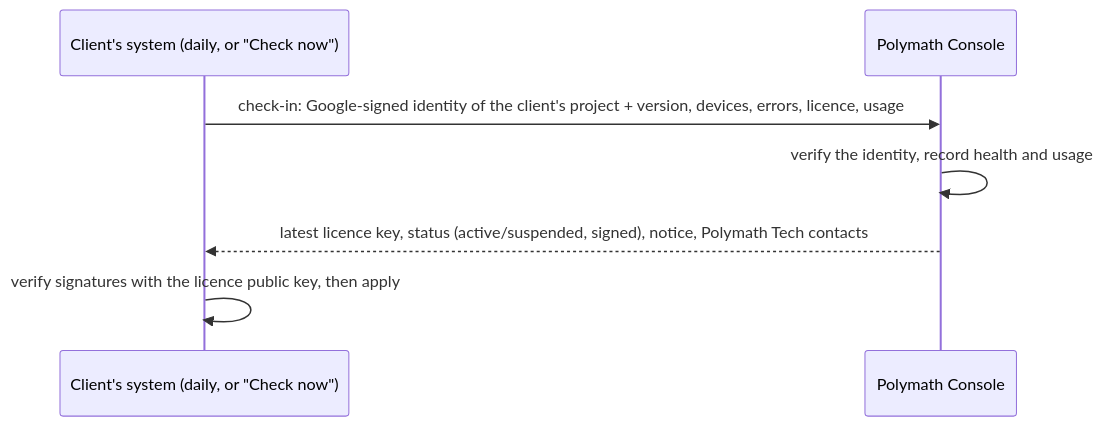
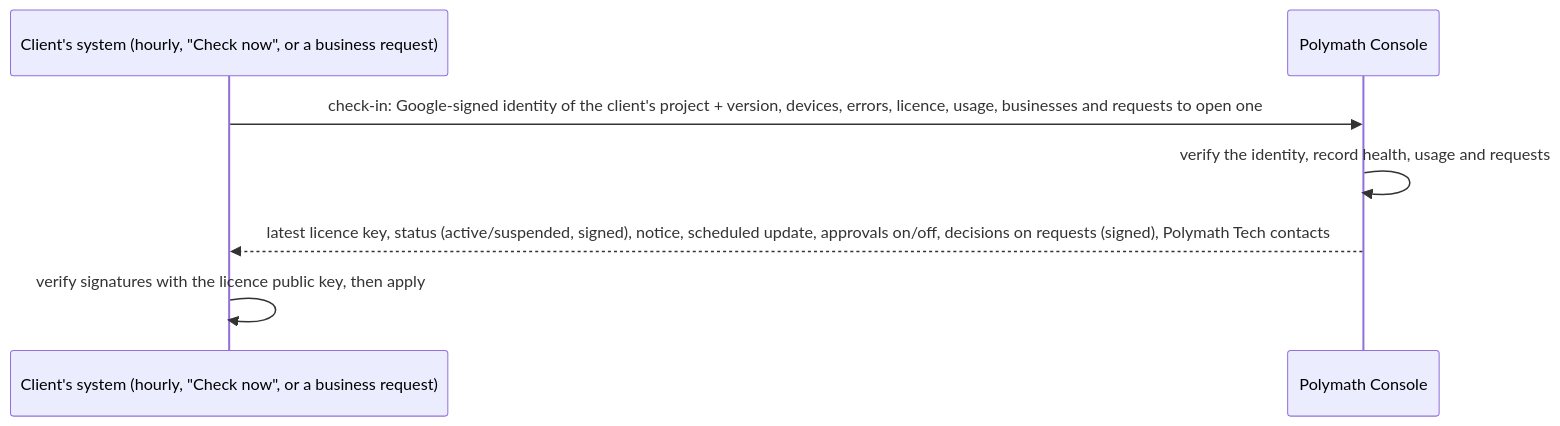
One commit to shehan-welagedara/Point-of-Sale-System changed the diagram in docs/22-polymath-console.md. Above: the diagram before and after it, drawn with Mermaid. The commit also changed other lines of this file and 40 other files, not shown here.

````diff
--- a/docs/22-polymath-console.md
+++ b/docs/22-polymath-console.md
@@ -43,9 +49,9 @@
 ```mermaid
 sequenceDiagram
-  participant C as Client's system (daily, or "Check now")
+  participant C as Client's system (hourly, "Check now", or a business request)
   participant P as Polymath Console
-  C->>P: check-in: Google-signed identity of the client's project + version, devices, errors, licence, usage
-  P->>P: verify the identity, record health and usage
-  P-->>C: latest licence key, status (active/suspended, signed), notice, Polymath Tech contacts
+  C->>P: check-in: Google-signed identity of the client's project + version, devices, errors, licence, usage, businesses and requests to open one
+  P->>P: verify the identity, record health, usage and requests
+  P-->>C: latest licence key, status (active/suspended, signed), notice, scheduled update, approvals on/off, decisions on requests (signed), Polymath Tech contacts
   C->>C: verify signatures with the licence public key, then apply
 ```
````
